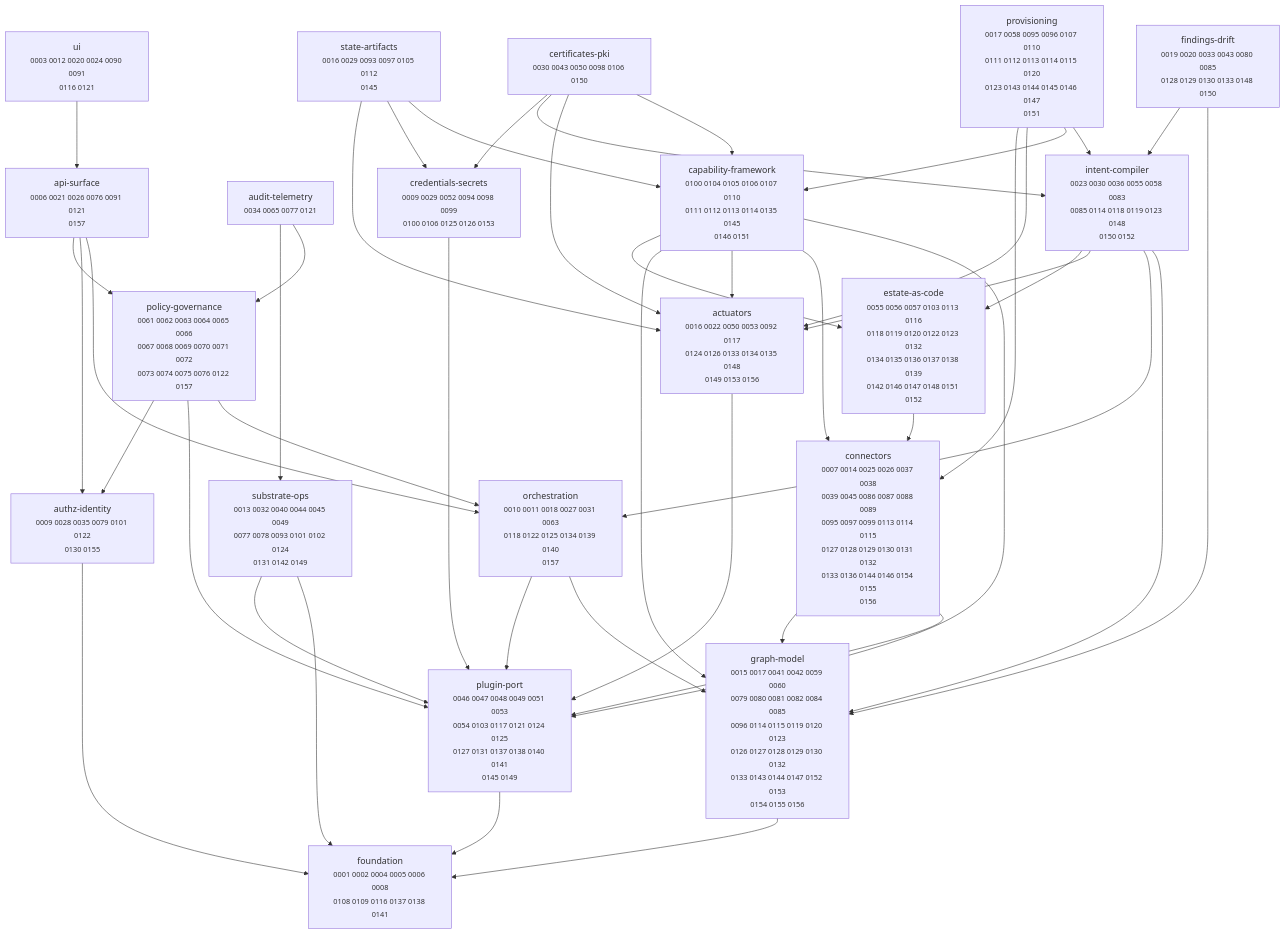
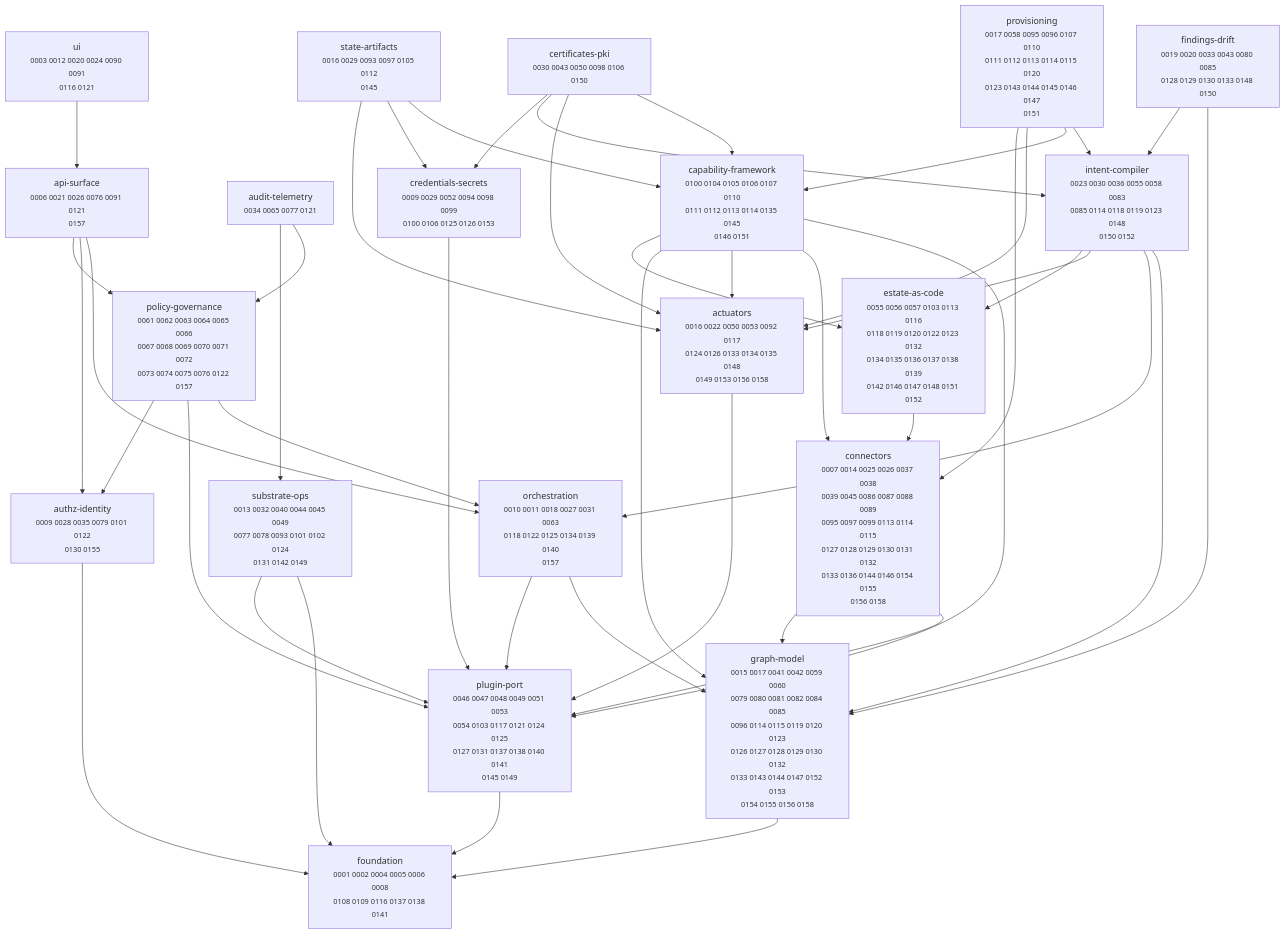
One commit to dstout-devops/stratt changed the diagram in docs/adr/MAP.md. Above: the diagram before and after it, drawn with Mermaid. The commit also changed other lines of this file and 3 other files, not shown here.

````diff
--- a/docs/adr/MAP.md
+++ b/docs/adr/MAP.md
@@ -11,67 +11,67 @@
 ```mermaid
 graph TD
-  actuators["actuators<br/><small>0016 0022 0050 0053 0092 0117<br/>0124 0126 0133 0134 0135 0148<br/>0149 0153 0156</small>"]
+  actuators["actuators<br/><small>0016 0022 0050 0053 0092 0117<br/>0124 0126 0133 0134 0135 0148<br/>0149 0153 0156 0158</small>"]
   api_surface["api-surface<br/><small>0006 0021 0026 0076 0091 0121<br/>0157</small>"]
   audit_telemetry["audit-telemetry<br/><small>0034 0065 0077 0121</small>"]
   authz_identity["authz-identity<br/><small>0009 0028 0035 0079 0101 0122<br/>0130 0155</small>"]
   capability_framework["capability-framework<br/><small>0100 0104 0105 0106 0107 0110<br/>0111 0112 0113 0114 0135 0145<br/>0146 0151</small>"]
   certificates_pki["certificates-pki<br/><small>0030 0043 0050 0098 0106 0150</small>"]
-  connectors["connectors<br/><small>0007 0014 0025 0026 0037 0038<br/>0039 0045 0086 0087 0088 0089<br/>0095 0097 0099 0113 0114 0115<br/>0127 0128 0129 0130 0131 0132<br/>0133 0136 0144 0146 0154 0155<br/>0156</small>"]
+  connectors["connectors<br/><small>0007 0014 0025 0026 0037 0038<br/>0039 0045 0086 0087 0088 0089<br/>0095 0097 0099 0113 0114 0115<br/>0127 0128 0129 0130 0131 0132<br/>0133 0136 0144 0146 0154 0155<br/>0156 0158</small>"]
   credentials_secrets["credentials-secrets<br/><small>0009 0029 0052 0094 0098 0099<br/>0100 0106 0125 0126 0153</small>"]
   estate_as_code["estate-as-code<br/><small>0055 0056 0057 0103 0113 0116<br/>0118 0119 0120 0122 0123 0132<br/>0134 0135 0136 0137 0138 0139<br/>0142 0146 0147 0148 0151 0152</small>"]
   findings_drift["findings-drift<br/><small>0019 0020 0033 0043 0080 0085<br/>0128 0129 0130 0133 0148 0150</small>"]
   foundation["foundation<br/><small>0001 0002 0004 0005 0006 0008<br/>0108 0109 0116 0137 0138 0141</small>"]
-  graph_model["graph-model<br/><small>0015 0017 0041 0042 0059 0060<br/>0079 0080 0081 0082 0084 0085<br/>0096 0114 0115 0119 0120 0123<br/>0126 0127 0128 0129 0130 0132<br/>0133 0143 0144 0147 0152 0153<br/>0154 0155 0156</small>"]
+  graph_model["graph-model<br/><small>0015 0017 0041 0042 0059 0060<br/>0079 0080 0081 0082 0084 0085<br/>0096 0114 0115 0119 0120 0123<br/>0126 0127 0128 0129 0130 0132<br/>0133 0143 0144 0147 0152 0153<br/>0154 0155 0156 0158</small>"]
   intent_compiler["intent-compiler<br/><small>0023 0030 0036 0055 0058 0083<br/>0085 0114 0118 0119 0123 0148<br/>0150 0152</small>"]
   orchestration["orchestration<br/><small>0010 0011 0018 0027 0031 0063<br/>0118 0122 0125 0134 0139 0140<br/>0157</small>"]
   plugin_port["plugin-port<br/><small>0046 0047 0048 0049 0051 0053<br/>0054 0103 0117 0121 0124 0125<br/>0127 0131 0137 0138 0140 0141<br/>0145 0149</small>"]
   policy_governance["policy-governance<br/><small>0061 0062 0063 0064 0065 0066<br/>0067 0068 0069 0070 0071 0072<br/>0073 0074 0075 0076 0122 0157</small>"]
   provisioning["provisioning<br/><small>0017 0058 0095 0096 0107 0110<br/>0111 0112 0113 0114 0115 0120<br/>0123 0143 0144 0145 0146 0147<br/>0151</small>"]
   state_artifacts["state-artifacts<br/><small>0016 0029 0093 0097 0105 0112<br/>0145</small>"]
   substrate_ops["substrate-ops<br/><small>0013 0032 0040 0044 0045 0049<br/>0077 0078 0093 0101 0102 0124<br/>0131 0142 0149</small>"]
   ui["ui<br/><small>0003 0012 0020 0024 0090 0091<br/>0116 0121</small>"]
 
   actuators --> plugin_port
   api_surface --> orchestration
   api_surface --> authz_identity
   api_surface --> policy_governance
   audit_telemetry --> policy_governance
   audit_telemetry --> substrate_ops
   authz_identity --> foundation
   capability_framework --> plugin_port
   capability_framework --> connectors
   capability_framework --> actuators
   capability_framework --> graph_model
   capability_framework --> estate_as_code
   certificates_pki --> capability_framework
   certificates_pki --> actuators
   certificates_pki --> intent_compiler
   certificates_pki --> credentials_secrets
   connectors --> plugin_port
   connectors --> graph_model
   credentials_secrets --> plugin_port
   estate_as_code --> connectors
   findings_drift --> graph_model
   findings_drift --> intent_compiler
   graph_model --> foundation
   intent_compiler --> graph_model
   intent_compiler --> orchestration
   intent_compiler --> actuators
   intent_compiler --> estate_as_code
   orchestration --> graph_model
   orchestration --> plugin_port
   plugin_port --> foundation
   policy_governance --> orchestration
   policy_governance --> plugin_port
   policy_governance --> authz_identity
   provisioning --> intent_compiler
   provisioning --> capability_framework
   provisioning --> actuators
   provisioning --> connectors
   state_artifacts --> capability_framework
   state_artifacts --> credentials_secrets
   state_artifacts --> actuators
   substrate_ops --> foundation
   substrate_ops --> plugin_port
   ui --> api_surface
 ```
````
